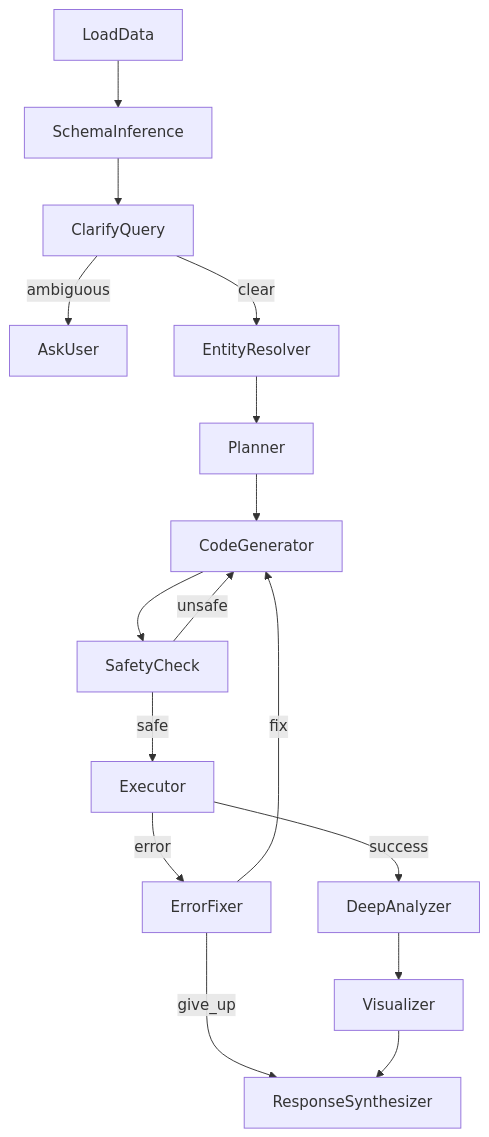
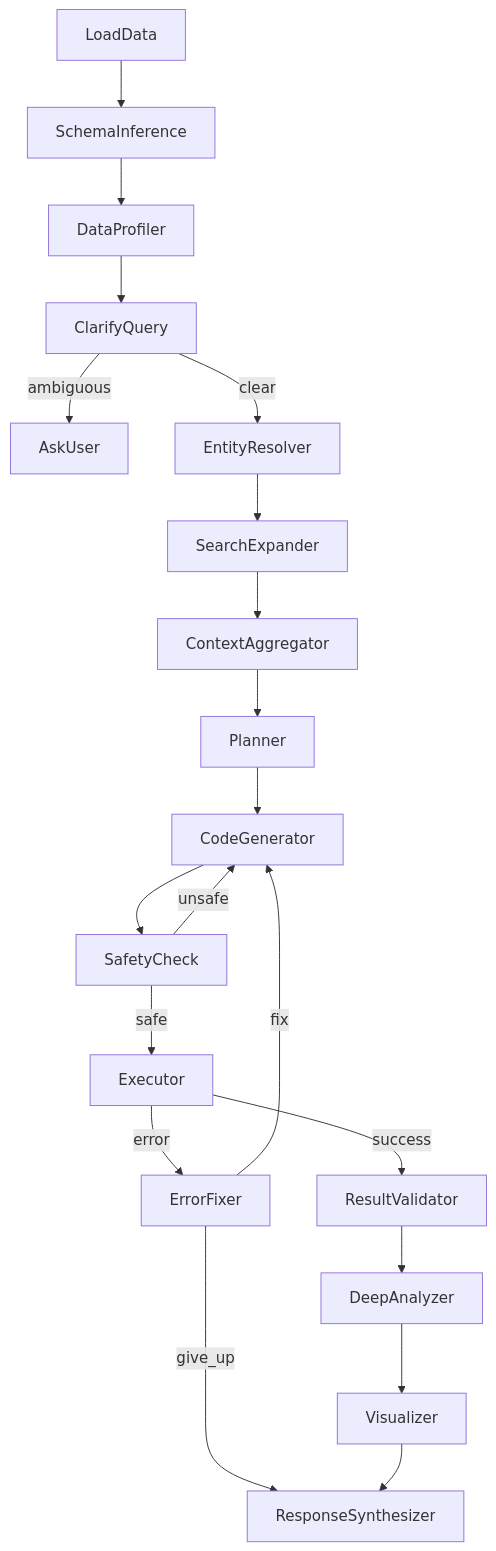
One commit to nickth3man/CSV_analyzer changed the diagram in docs/design.md. Above: the diagram before and after it, drawn with Mermaid. The commit also changed other lines of this file, not shown here.

First line of the commit message:
Update design document to reflect expanded data analysis capabilities

````diff
--- a/docs/design.md
+++ b/docs/design.md
@@ -61,23 +72,27 @@
 ```mermaid
 flowchart TD
     load[LoadData] --> schema[SchemaInference]
-    schema --> clarify[ClarifyQuery]
+    schema --> profiler[DataProfiler]
+    profiler --> clarify[ClarifyQuery]
     
     clarify -->|ambiguous| askUser[AskUser]
     clarify -->|clear| entityRes[EntityResolver]
     
-    entityRes --> plan[Planner]
+    entityRes --> searchExp[SearchExpander]
+    searchExp --> contextAgg[ContextAggregator]
+    contextAgg --> plan[Planner]
     plan --> codeGen[CodeGenerator]
     codeGen --> safety[SafetyCheck]
     
     safety -->|unsafe| codeGen
     safety -->|safe| executor[Executor]
     
     executor -->|error| fixer[ErrorFixer]
     fixer -->|fix| codeGen
     fixer -->|give_up| synthesizer[ResponseSynthesizer]
-    executor -->|success| deepAnalyzer[DeepAnalyzer]
+    executor -->|success| validator[ResultValidator]
     
+    validator --> deepAnalyzer[DeepAnalyzer]
     deepAnalyzer --> viz[Visualizer]
     viz --> synthesizer[ResponseSynthesizer]
 ```
````
